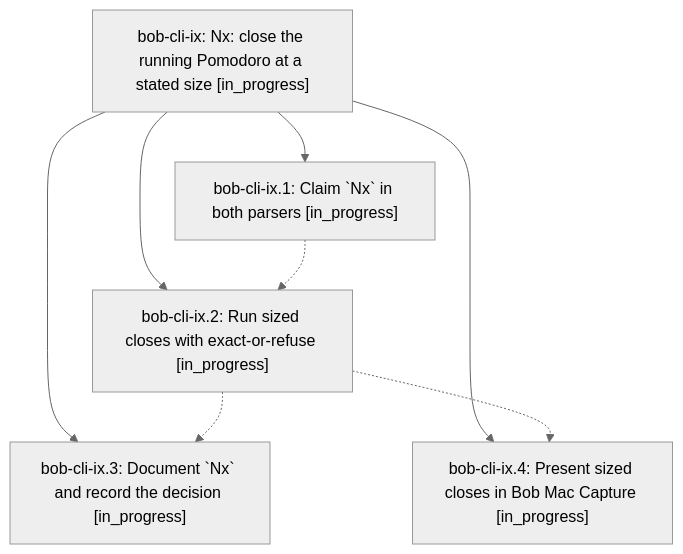
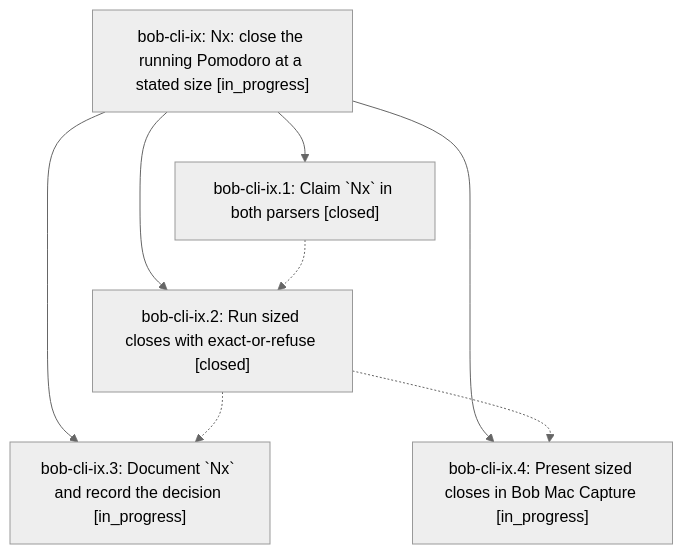
Before and after one commit to bobs-org/bob-cli--beads: the diagram in pages/bob-cli-ix/README.md, drawn with Mermaid (neutral theme). The commit also changed other lines of this file and 4 other files, not shown here.

First line of the commit message:
chore(beads): sync bead state and pages for bob-cli-ix

````diff
--- a/pages/bob-cli-ix/README.md
+++ b/pages/bob-cli-ix/README.md
@@ -37,15 +37,15 @@
 ```mermaid
 flowchart TD
     n0["bob-cli-ix: Nx: close the running Pomodoro at a stated size [in_progress]"]
-    n1["bob-cli-ix.1: Claim `Nx` in both parsers [in_progress]"]
-    n2["bob-cli-ix.2: Run sized closes with exact-or-refuse [in_progress]"]
+    n1["bob-cli-ix.1: Claim `Nx` in both parsers [closed]"]
+    n2["bob-cli-ix.2: Run sized closes with exact-or-refuse [closed]"]
     n3["bob-cli-ix.3: Document `Nx` and record the decision [in_progress]"]
     n4["bob-cli-ix.4: Present sized closes in Bob Mac Capture [in_progress]"]
     n0 --> n1
     n0 --> n2
     n0 --> n3
     n0 --> n4
     n1 -.-> n2
     n2 -.-> n3
     n2 -.-> n4
 ```
````
